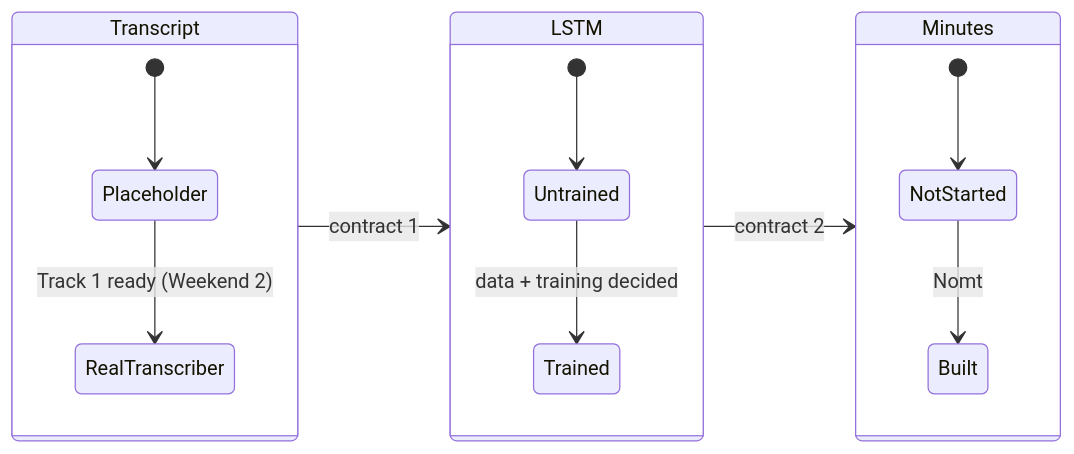
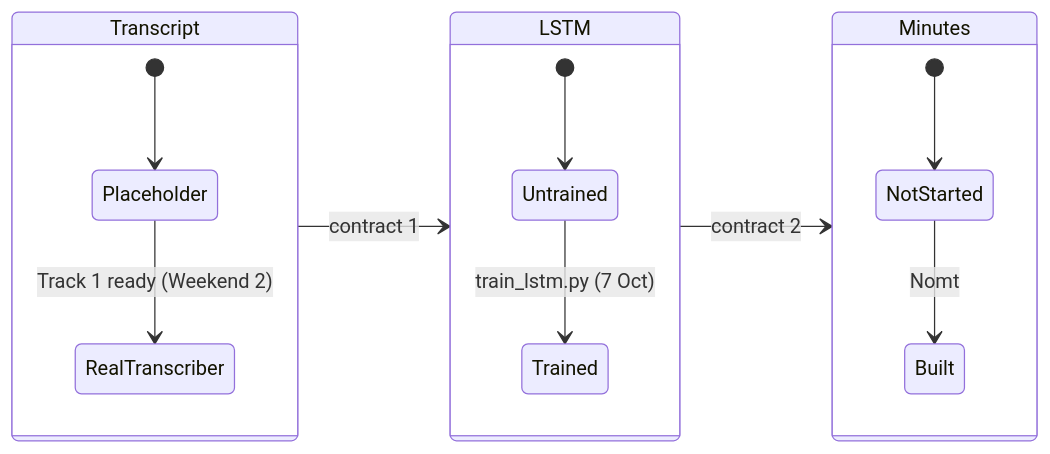
One commit to Asyxddiq/mlda-audio-workshop changed diagram 12 of 13 in README.md. Above: the diagram before and after it, drawn with Mermaid. The commit also changed other lines of this file and 2 other files, not shown here.

First line of the commit message:
Document the trained model, dataset and locked labelling rules

````diff
--- a/README.md
+++ b/README.md
@@ -350,18 +398,18 @@
 ```mermaid
 stateDiagram-v2
     direction LR
     state "Transcript" as T {
         [*] --> Placeholder
         Placeholder --> RealTranscriber: Track 1 ready (Weekend 2)
     }
     state "LSTM" as L {
         [*] --> Untrained
-        Untrained --> Trained: data + training decided
+        Untrained --> Trained: train_lstm.py (7 Oct)
     }
     state "Minutes" as M {
         [*] --> NotStarted
         NotStarted --> Built: Nomt
     }
     T --> L: contract 1
     L --> M: contract 2
 ```
````
